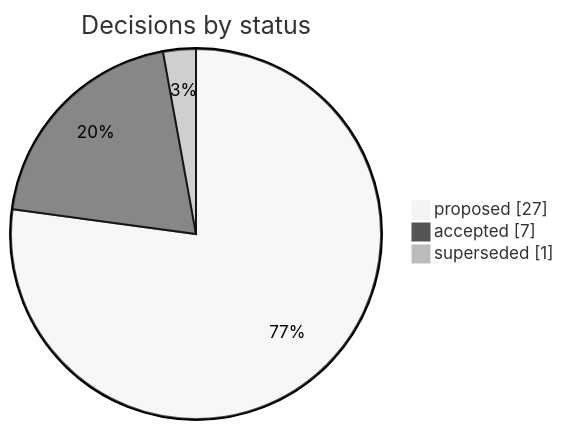
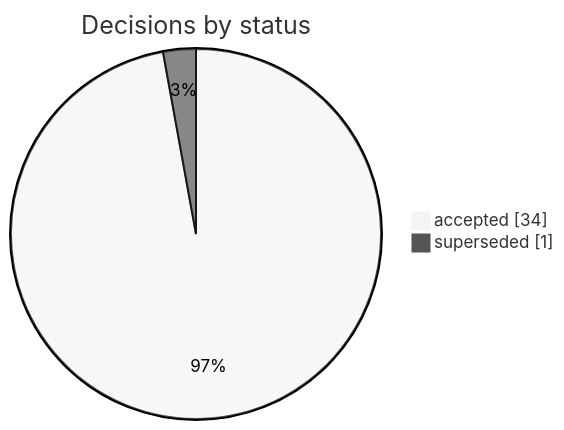
The tenth of 11 diagrams in README.md (korczis/OpenTTD), drawn with Mermaid (neutral theme) before and after one commit. The commit also changed other lines of this file and 28 other files, not shown here.

First line of the commit message:
Doc: [Fork] The owner accepted the 27 decisions Majordomus extracted (ADR 0001-0030)

````diff
--- a/README.md
+++ b/README.md
@@ -1338,7 +1338,6 @@
 ```mermaid
 pie showData title Decisions by status
-    %% links: README.md?col=Status&filter=proposed#071-architecture-decisions | README.md?col=Status&filter=accepted#071-architecture-decisions | README.md?col=Status&filter=superseded#071-architecture-decisions
-    "proposed" : 27
-    "accepted" : 7
+    %% links: README.md?col=Status&filter=accepted#071-architecture-decisions | README.md?col=Status&filter=superseded#071-architecture-decisions
+    "accepted" : 34
     "superseded" : 1
 ```
````
